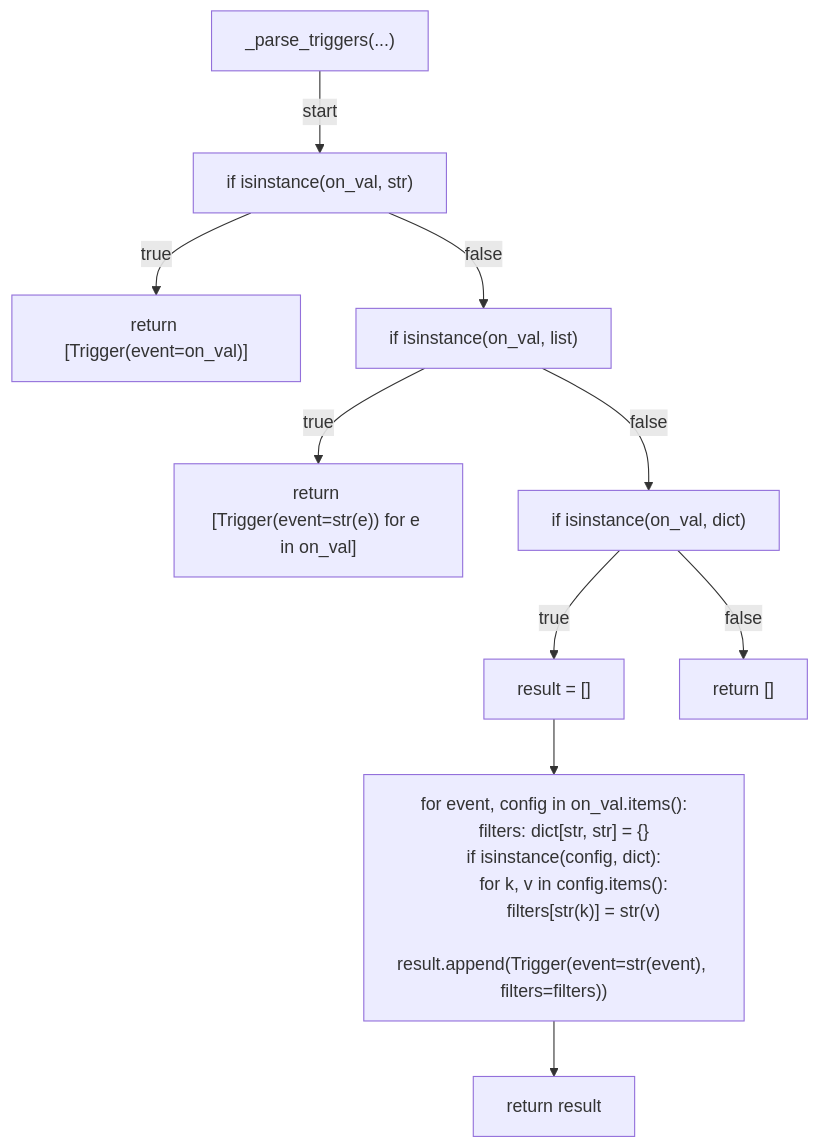
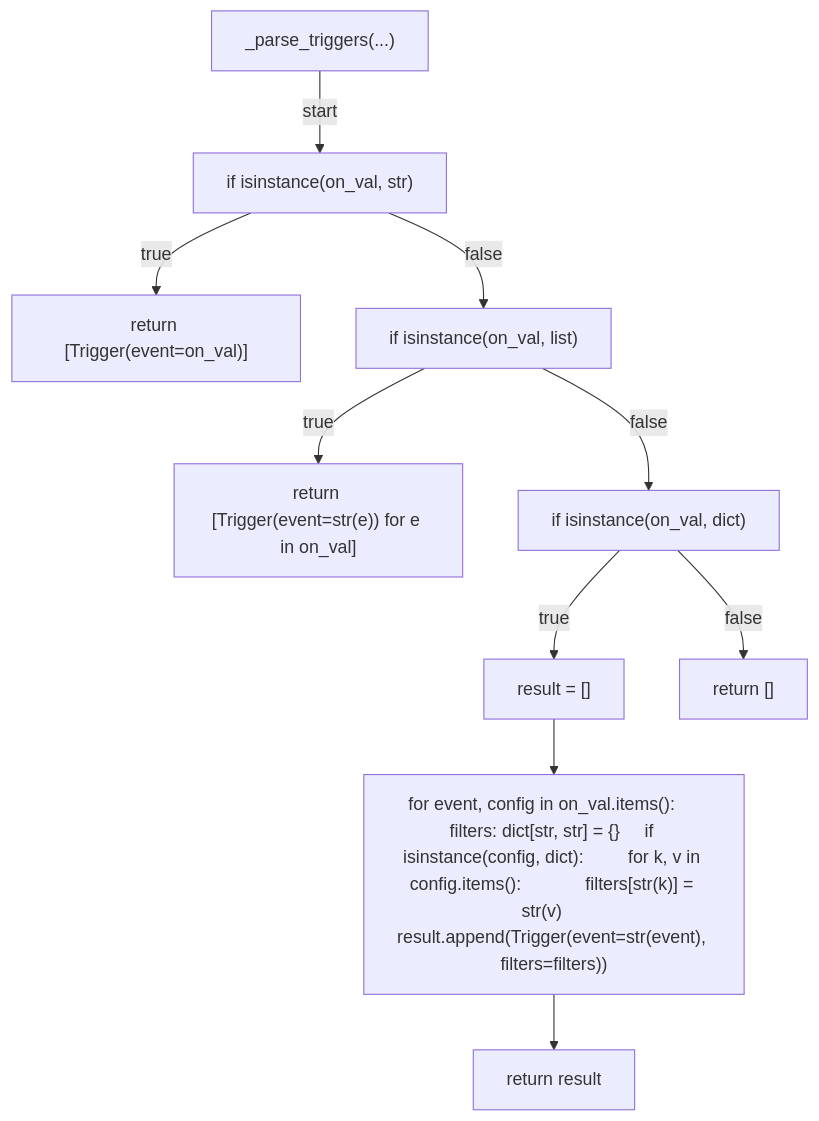
The second of 12 diagrams in docs/generated/scripts/ast/workflow_diagram.md (tvna/claude-md), drawn with Mermaid before and after one commit. The commit also changed other lines of this file and 15 other files, not shown here.

First line of the commit message:
docs(generated): regenerate decision tree and workflow diagrams (batch 5/5)

````diff
--- a/docs/generated/scripts/ast/workflow_diagram.md
+++ b/docs/generated/scripts/ast/workflow_diagram.md
@@ -16,27 +16,22 @@
 ```mermaid
 flowchart TD
     N001["_parse_triggers(...)"]
     N002["if isinstance(on_val, str)"]
     N003["return [Trigger(event=on_val)]"]
     N004["if isinstance(on_val, list)"]
     N005["return [Trigger(event=str(e)) for e in on_val]"]
     N006["if isinstance(on_val, dict)"]
     N007["result = []"]
-    N008["for event, config in on_val.items():
-    filters: dict[str, str] = {}
-    if isinstance(config, dict):
-        for k, v in config.items():
-            filters[str(k)] = str(v)
-    result.append(Trigger(event=str(event), filters=filters))"]
+    N008["for event, config in on_val.items():     filters: dict[str, str] = {}     if isinstance(config, dict):         for k, v in config.items():             filters[str(k)] = str(v)     result.append(Trigger(event=str(event), filters=filters))"]
     N009["return result"]
     N010["return []"]
     N001 -->|"start"| N002
     N002 -->|"true"| N003
     N002 -->|"false"| N004
     N004 -->|"true"| N005
     N004 -->|"false"| N006
     N006 -->|"true"| N007
     N007 --> N008
     N008 --> N009
     N006 -->|"false"| N010
 ```
````
